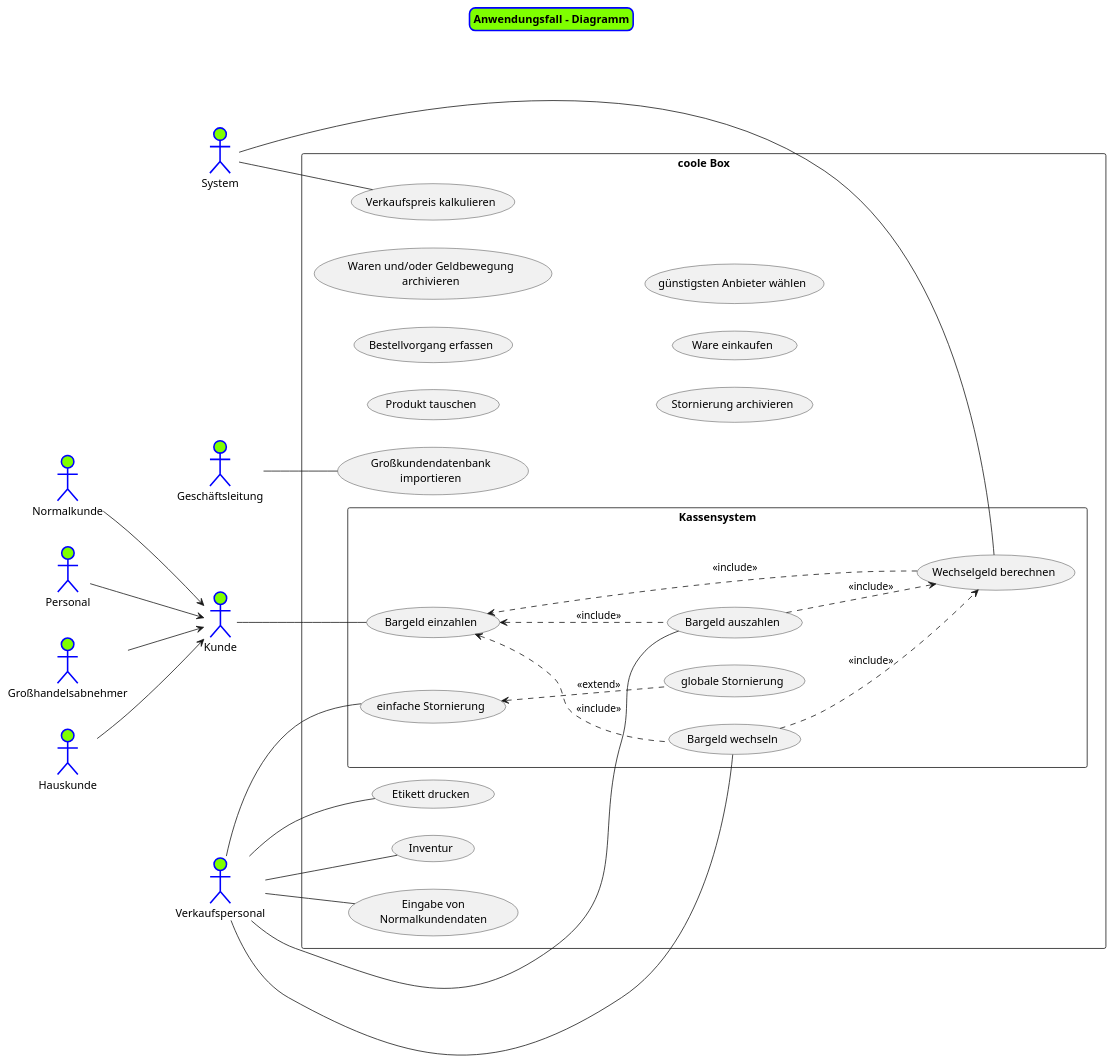
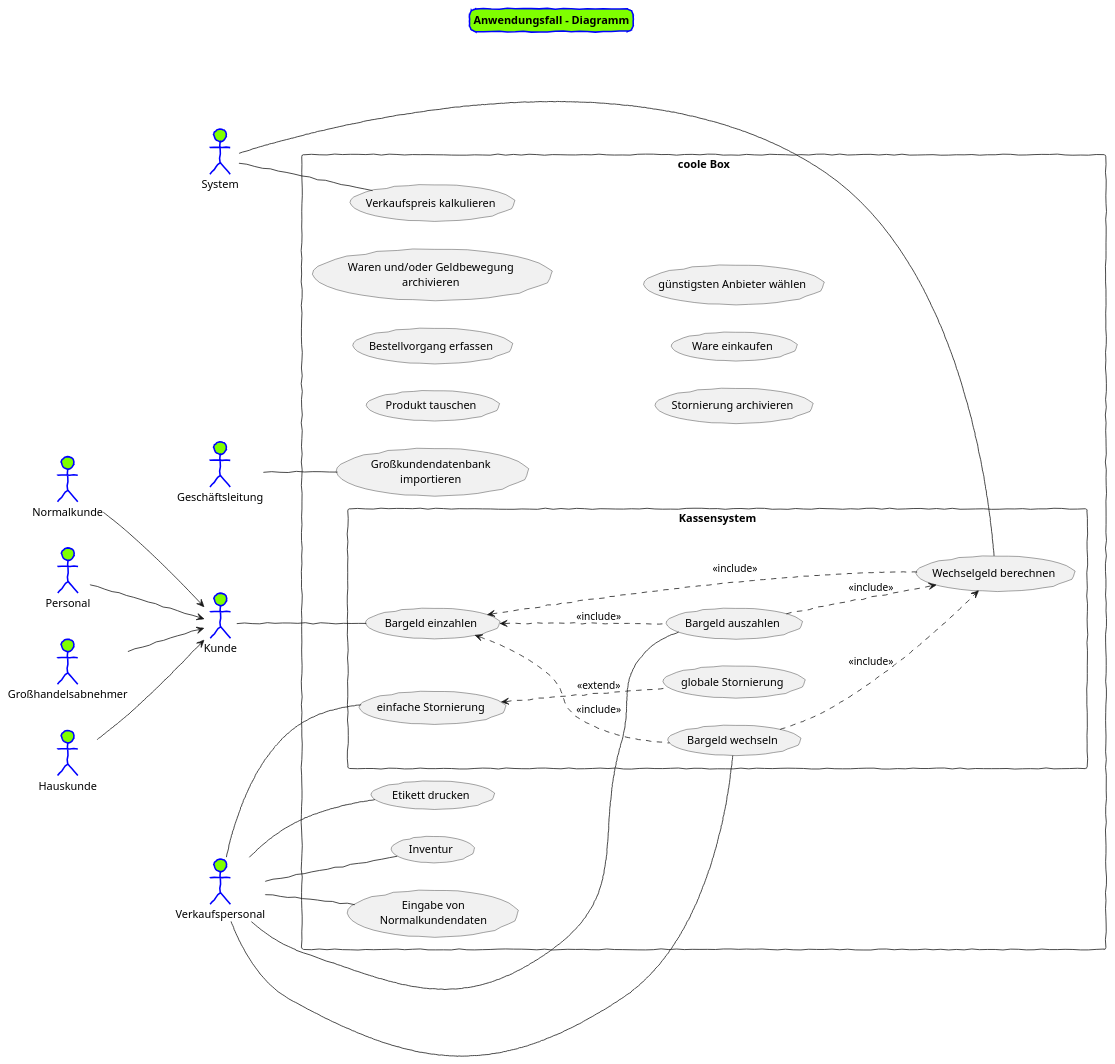
One commit to LimitlessGreen/swt18w43 changed the diagram in src/main/asciidoc/models/analysis/UseCase.puml. Above: the diagram before and after it, drawn with PlantUML. The commit also changed 7 other files, not shown here.

```diff
--- a/src/main/asciidoc/models/analysis/UseCase.puml
+++ b/src/main/asciidoc/models/analysis/UseCase.puml
@@ -1,99 +1,101 @@
 @startuml
 skinparam titleBorderRoundCorner 15
 skinparam titleBorderThickness 2
 skinparam titleBorderColor blue
 skinparam titleBackgroundColor Chartreuse
+skinparam handwritten true
+
 
 title Anwendungsfall - Diagramm
 
 
 ' === Kunden === '
 :Kunde: as ku
 :Normalkunde: as nku
 :Personal: as pku
 :Großhandelsabnehmer: as gha
 :Hauskunde: as hku
 
 left to right direction
 nku --> ku
 pku --> ku
 gha --> ku
 hku --> ku
 
 
 ' === Personal === '
 :Verkaufspersonal: as vp
 :Geschäftsleitung: as gl
 
 ' === Sonstiges === '
 :System: as sys
 
 ' === Y === '
 rectangle "coole Box"{
     (Inventur) as inv
     '(Pfand auszahlen)
     (Produkt tauschen)
     (Großkundendatenbank\nimportieren) as grokudb_imp
     (Verkaufspreis kalkulieren) as vp_calc
     (Eingabe von\nNormalkundendaten) as eg_nkd
     (Etikett drucken) as et_dr
     (Bestellvorgang erfassen)
     (Waren und/oder Geldbewegung\narchivieren)
     (Stornierung archivieren)
     (Ware einkaufen)
     (günstigsten Anbieter wählen)
 
 
     rectangle "Kassensystem"{
             (Bargeld einzahlen) as bg_ez
             (Bargeld auszahlen) as bg_az
             (Bargeld wechseln) as bg_we
             (Wechselgeld berechnen) as we_br
 
             (einfache Stornierung) as l_st
             (globale Stornierung) as g_st
 
 
             ku -- bg_ez
 
             vp -- bg_we
             vp -- bg_az
             vp -- l_st
 
 
             sys -- we_br
 
             bg_ez <.. bg_we: <<include>>
             bg_ez <.. bg_az: <<include>>
             bg_az ..> we_br: <<include>>
             bg_we ..> we_br: <<include>>
             we_br ..> bg_ez: <<include>>
             l_st <.. g_st: <<extend>>
 
         }
 
 
     '
 
 
 
     '
     vp -- inv
     vp -- et_dr
     vp -- eg_nkd
 
 
 
     '
     gl -- grokudb_imp
 
     '
     sys -- vp_calc
 
 
 
 
 
 }
 
 @enduml
```
